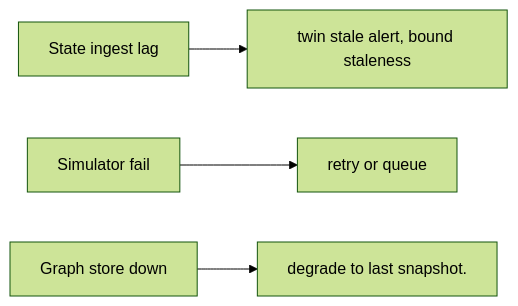
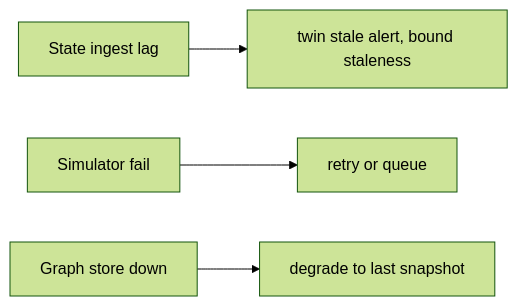
One commit to RIT-MESH/system-design-mastery changed the third of 3 diagrams in case-studies/network-ai-systems/network-digital-twin.md. Above: the diagram before and after it, drawn with Mermaid (forest theme). The commit also changed other lines of this file and 215 other files, not shown here.

First line of the commit message:
Complete all remaining work: expand case studies, add 13 AI case studies, fix diagrams, status to Complete

````diff
--- a/case-studies/network-ai-systems/network-digital-twin.md
+++ b/case-studies/network-ai-systems/network-digital-twin.md
@@ -32,13 +38,13 @@
 ```mermaid
-%% origin: original to system-design-mastery
+%% created-for: system-design-mastery
 flowchart LR
   C1["State ingest lag"]
   R2["twin stale alert, bound staleness"]
   C1 --> R2
   C3["Simulator fail"]
   R4["retry or queue"]
   C3 --> R4
   C5["Graph store down"]
-  R6["degrade to last snapshot."]
+  R6["degrade to last snapshot"]
   C5 --> R6
 ```
````
